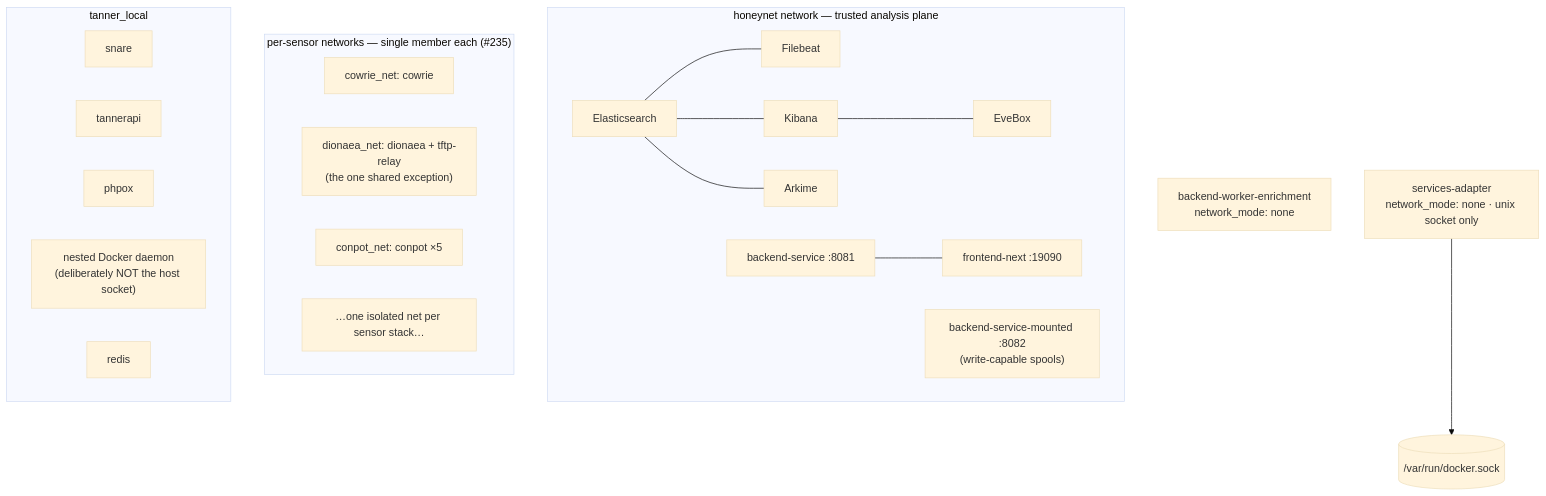
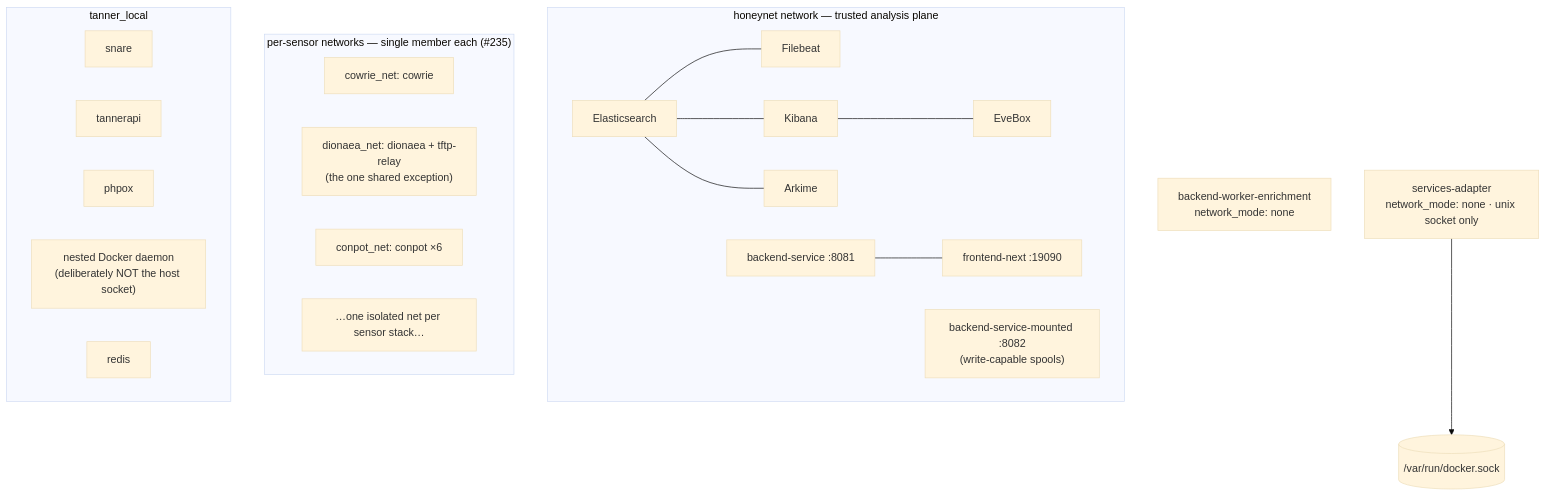
Before and after one commit to Xore/APIARY: the second of 2 diagrams in docs/NETWORK.md, drawn with Mermaid (base theme). The commit also changed other lines of this file and 1 other file, not shown here.

Commit message:
docs: conpot count is six, not five (NETWORK.md, ARCHITECTURE.md)
#632 counted six conpot personas and compose.yml defines six services
(hp-conpot, -s7-1200, -s7-1500, -iec104, -guardian, -kamstrup); the
enrichment worker discovers all six via logs/conpot*/conpot.json.
Three doc sites lagged at x5: the NETWORK.md ingress sensor column and
mermaid node, and ARCHITECTURE.md's flow node. Mechanical x5 -> x6,
no other prose changes; PIPELINES.md's own x5 is #2566's scope.

````diff
--- a/docs/NETWORK.md
+++ b/docs/NETWORK.md
@@ -91,26 +91,26 @@
 ```mermaid
 flowchart TB
   subgraph honeynet["honeynet network — trusted analysis plane"]
     es["Elasticsearch"] --- fb["Filebeat"]
     es --- kb["Kibana"] --- ev["EveBox"]
     es --- ark["Arkime"]
     bs["backend-service :8081"] --- fe["frontend-next :19090"]
     bs2["backend-service-mounted :8082<br/>(write-capable spools)"]
   end
 
   subgraph sensorNets["per-sensor networks — single member each (#235)"]
     n1["cowrie_net: cowrie"]
     n2["dionaea_net: dionaea + tftp-relay<br/>(the one shared exception)"]
-    n3["conpot_net: conpot ×5"]
+    n3["conpot_net: conpot ×6"]
     n4["…one isolated net per sensor stack…"]
   end
 
   subgraph tannerNet["tanner_local"]
     snare & tannerapi & phpox & nestedDocker["nested Docker daemon<br/>(deliberately NOT the host socket)"] & redis
   end
 
   networkless["backend-worker-enrichment<br/>network_mode: none"]
   adapter["services-adapter<br/>network_mode: none · unix socket only"]
   docksock[("/var/run/docker.sock")]
   adapter --> docksock
 ```
````
